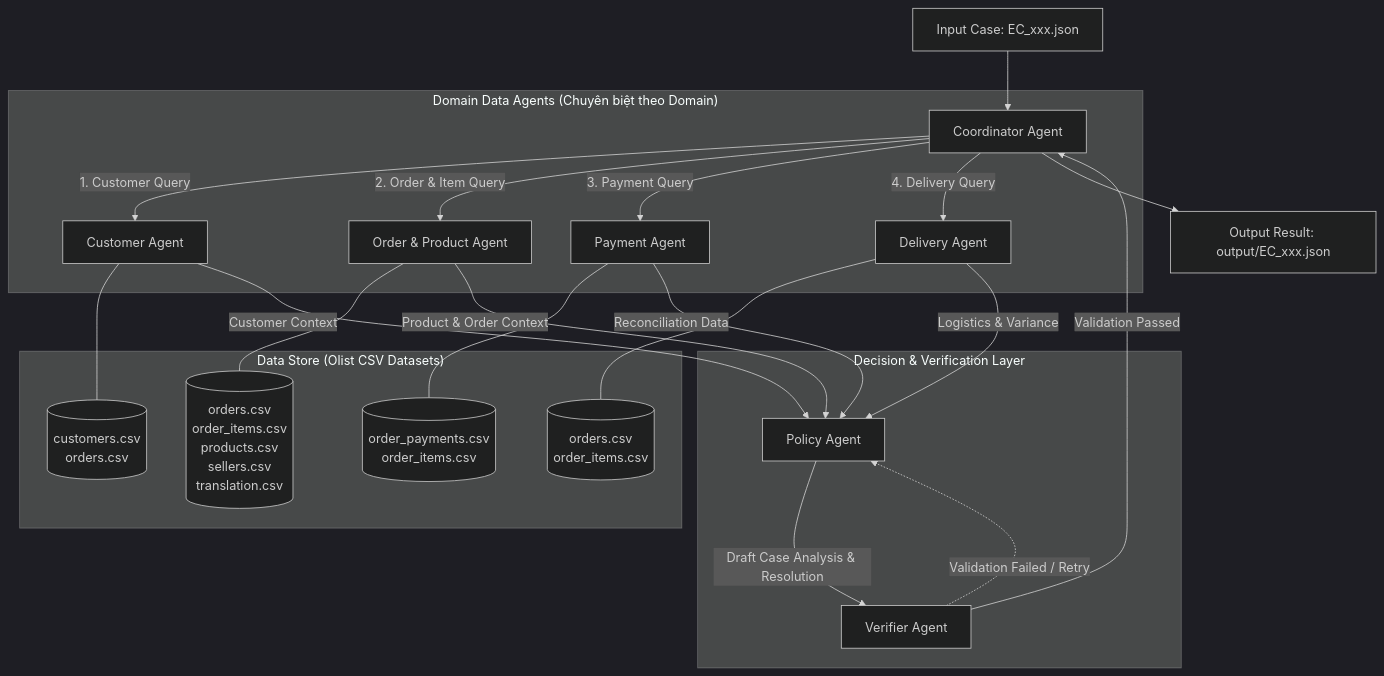
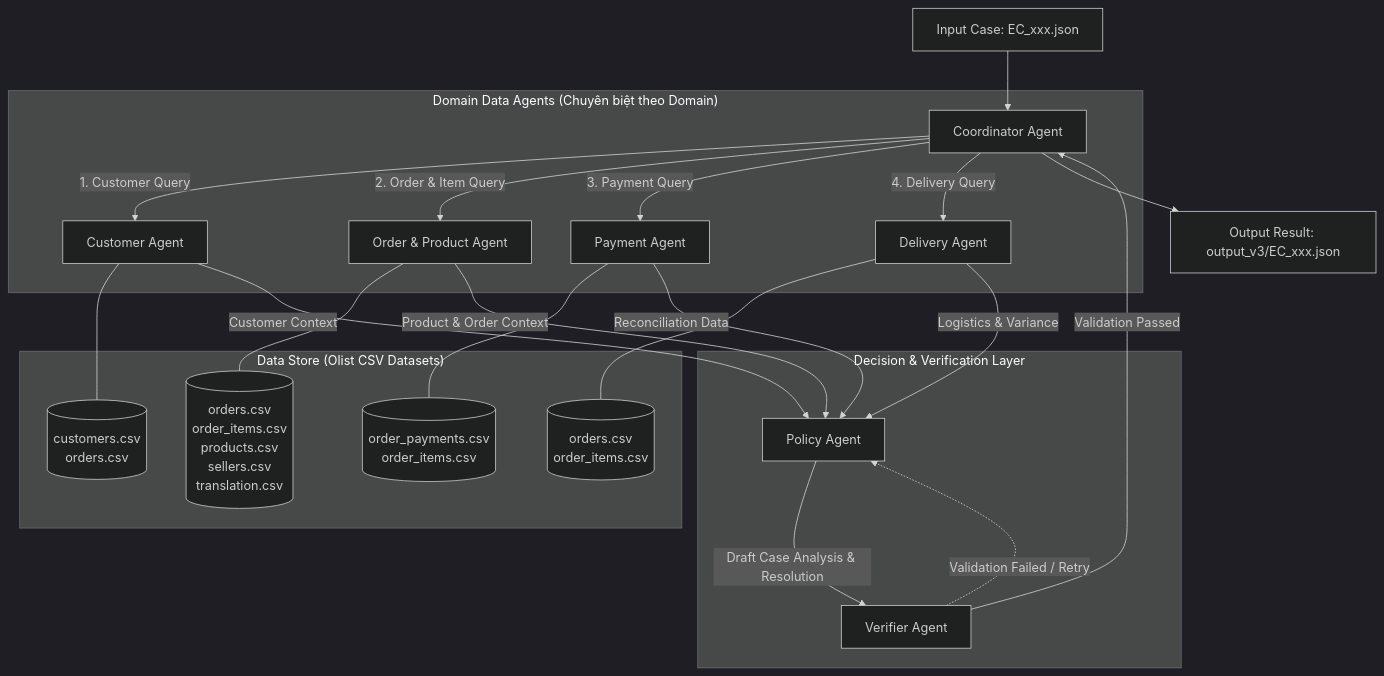
The first of 2 diagrams in architecture.md (NguyenVanHung1707/K4-Day9-Multi-Agent-A2A), drawn with Mermaid (dark theme) before and after one commit. The commit also changed other lines of this file, not shown here.

Commit message:
docs: update architecture.md with complete system diagrams, agent roles, and EC_POLICY_V2 matrix

````diff
--- a/architecture.md
+++ b/architecture.md
@@ -9,31 +9,31 @@
 ```mermaid
 graph TD
     User[Input Case: EC_xxx.json] --> Coordinator[Coordinator Agent]
 
     subgraph "Domain Data Agents (Chuyên biệt theo Domain)"
         Coordinator -->|1. Customer Query| CustomerAgent[Customer Agent]
         Coordinator -->|2. Order & Item Query| OrderProductAgent[Order & Product Agent]
         Coordinator -->|3. Payment Query| PaymentAgent[Payment Agent]
         Coordinator -->|4. Delivery Query| DeliveryAgent[Delivery Agent]
     end
 
     subgraph "Data Store (Olist CSV Datasets)"
         CustomerAgent --- DB_Cust[(customers.csv<br/>orders.csv)]
         OrderProductAgent --- DB_Prod[(orders.csv<br/>order_items.csv<br/>products.csv<br/>sellers.csv<br/>translation.csv)]
         PaymentAgent --- DB_Pay[(order_payments.csv<br/>order_items.csv)]
         DeliveryAgent --- DB_Del[(orders.csv<br/>order_items.csv)]
     end
 
     subgraph "Decision & Verification Layer"
         CustomerAgent -->|Customer Context| PolicyAgent[Policy Agent]
         OrderProductAgent -->|Product & Order Context| PolicyAgent
         PaymentAgent -->|Reconciliation Data| PolicyAgent
         DeliveryAgent -->|Logistics & Variance| PolicyAgent
         
         PolicyAgent -->|Draft Case Analysis & Resolution| VerifierAgent[Verifier Agent]
     end
 
     VerifierAgent -->|Validation Passed| Coordinator
     VerifierAgent -.->|Validation Failed / Retry| PolicyAgent
-    Coordinator --> Output[Output Result: output/EC_xxx.json]
+    Coordinator --> Output[Output Result: output_v3/EC_xxx.json]
 ```
````
